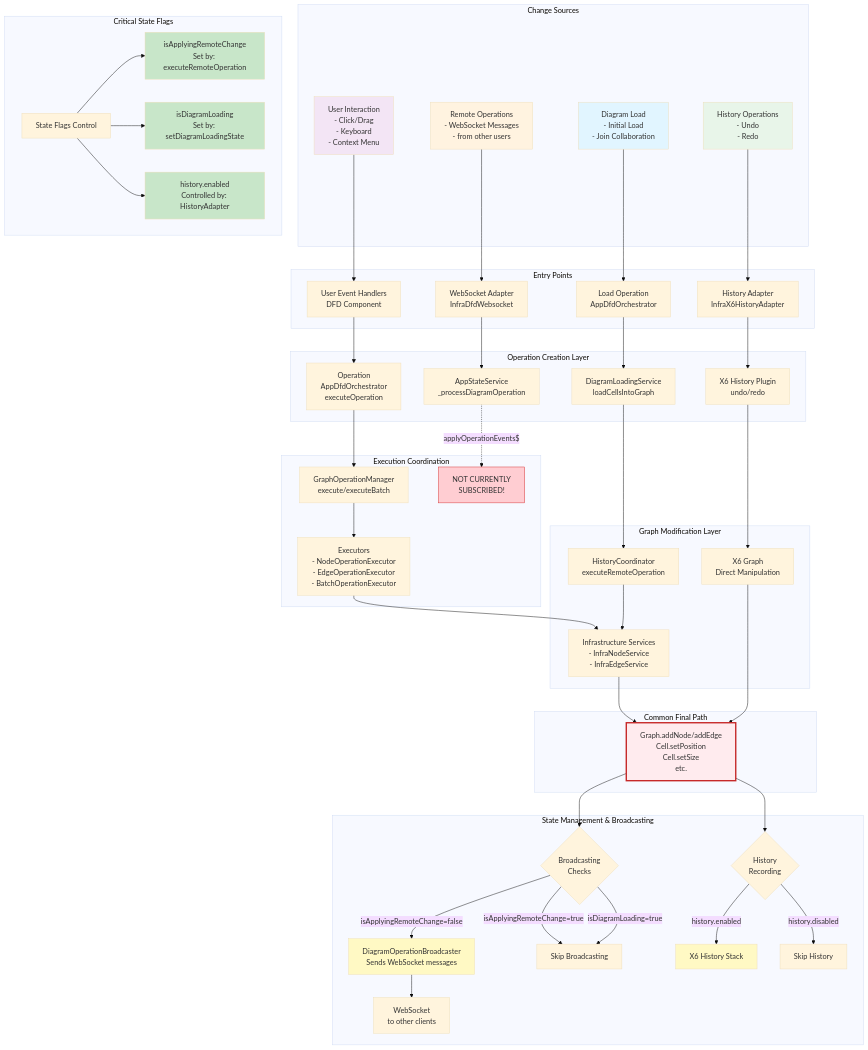
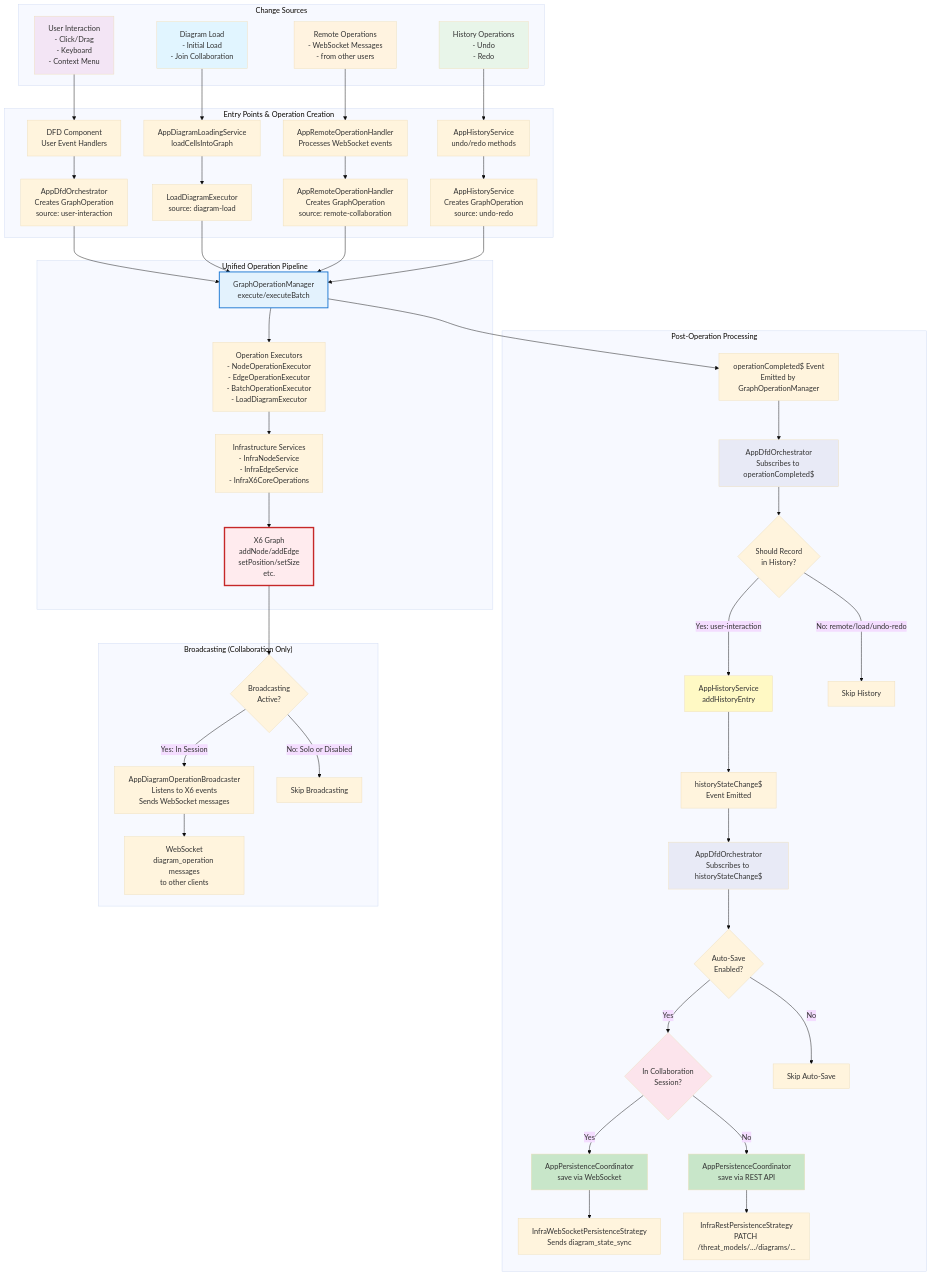
One commit to ericfitz/tmi-ux changed the diagram in docs/reference/architecture/graph-component-change-flows.md. Above: the diagram before and after it, drawn with Mermaid (base theme). The commit also changed other lines of this file and 37 other files, not shown here.

First line of the commit message:
docs: update architecture documentation to reflect current persistence flow

````diff
--- a/docs/reference/architecture/graph-component-change-flows.md
+++ b/docs/reference/architecture/graph-component-change-flows.md
@@ -1,73 +10,78 @@
 ```mermaid
 graph TB
-subgraph "Change Sources"
-US[User Interaction<br/>- Click/Drag<br/>- Keyboard<br/>- Context Menu]
-DL[Diagram Load<br/>- Initial Load<br/>- Join Collaboration]
-RO[Remote Operations<br/>- WebSocket Messages<br/>- from other users]
-HI[History Operations<br/>- Undo<br/>- Redo]
-end
-
-    subgraph "Entry Points"
-        US --> UE[User Event Handlers<br/>DFD Component]
-        DL --> LOE[Load Operation<br/>AppDfdOrchestrator]
-        RO --> WSA[WebSocket Adapter<br/>InfraDfdWebsocket]
-        HI --> HA[History Adapter<br/>InfraX6HistoryAdapter]
+    subgraph "Change Sources"
+        US[User Interaction<br/>- Click/Drag<br/>- Keyboard<br/>- Context Menu]
+        DL[Diagram Load<br/>- Initial Load<br/>- Join Collaboration]
+        RO[Remote Operations<br/>- WebSocket Messages<br/>- from other users]
+        HI[History Operations<br/>- Undo<br/>- Redo]
     end
 
-    subgraph "Operation Creation Layer"
-        UE --> ORC[Operation<br/>AppDfdOrchestrator<br/>executeOperation]
-        LOE --> DLS[DiagramLoadingService<br/>loadCellsIntoGraph]
-        WSA --> ASS[AppStateService<br/>_processDiagramOperation]
-        HA --> X6H[X6 History Plugin<br/>undo/redo]
+    subgraph "Entry Points & Operation Creation"
+        US --> UE[DFD Component<br/>User Event Handlers]
+        DL --> DLS[AppDiagramLoadingService<br/>loadCellsIntoGraph]
+        RO --> ROH[AppRemoteOperationHandler<br/>Processes WebSocket events]
+        HI --> AHS[AppHistoryService<br/>undo/redo methods]
+
+        UE --> ORC[AppDfdOrchestrator<br/>Creates GraphOperation<br/>source: user-interaction]
+        DLS --> DLOP[LoadDiagramExecutor<br/>source: diagram-load]
+        ROH --> ROOP[AppRemoteOperationHandler<br/>Creates GraphOperation<br/>source: remote-collaboration]
+        AHS --> UROP[AppHistoryService<br/>Creates GraphOperation<br/>source: undo-redo]
     end
 
-    subgraph "Execution Coordination"
+    subgraph "Unified Operation Pipeline"
         ORC --> GOM[GraphOperationManager<br/>execute/executeBatch]
-        ASS -.applyOperationEvents$.-> NC[NOT CURRENTLY<br/>SUBSCRIBED!]
-        GOM --> EXE[Executors<br/>- NodeOperationExecutor<br/>- EdgeOperationExecutor<br/>- BatchOperationExecutor]
+        DLOP --> GOM
+        ROOP --> GOM
+        UROP --> GOM
+
+        GOM --> EXE[Operation Executors<br/>- NodeOperationExecutor<br/>- EdgeOperationExecutor<br/>- BatchOperationExecutor<br/>- LoadDiagramExecutor]
+
+        EXE --> ISV[Infrastructure Services<br/>- InfraNodeService<br/>- InfraEdgeService<br/>- InfraX6CoreOperations]
+
+        ISV --> X6[X6 Graph<br/>addNode/addEdge<br/>setPosition/setSize<br/>etc.]
     end
 
-    subgraph "Graph Modification Layer"
-        DLS --> HCE[HistoryCoordinator<br/>executeRemoteOperation]
-        X6H --> X6G[X6 Graph<br/>Direct Manipulation]
-        EXE --> ISV[Infrastructure Services<br/>- InfraNodeService<br/>- InfraEdgeService]
-        HCE --> ISV
+    subgraph "Post-Operation Processing"
+        GOM --> OC[operationCompleted$ Event<br/>Emitted by GraphOperationManager]
+
+        OC --> ORCH[AppDfdOrchestrator<br/>Subscribes to operationCompleted$]
+
+        ORCH --> CHECK{Should Record<br/>in History?}
+        CHECK -->|Yes: user-interaction| HR[AppHistoryService<br/>addHistoryEntry]
+        CHECK -->|No: remote/load/undo-redo| SKIP1[Skip History]
+
+        HR --> HSC[historyStateChange$<br/>Event Emitted]
+
+        HSC --> ORCHSAVE[AppDfdOrchestrator<br/>Subscribes to historyStateChange$]
+
+        ORCHSAVE --> SAVECHECK{Auto-Save<br/>Enabled?}
+        SAVECHECK -->|Yes| COLLAB{In Collaboration<br/>Session?}
+        SAVECHECK -->|No| SKIP2[Skip Auto-Save]
+
+        COLLAB -->|Yes| WS[AppPersistenceCoordinator<br/>save via WebSocket]
+        COLLAB -->|No| REST[AppPersistenceCoordinator<br/>save via REST API]
+
+        WS --> WSSTRAT[InfraWebSocketPersistenceStrategy<br/>Sends diagram_state_sync]
+        REST --> RESTSTRAT[InfraRestPersistenceStrategy<br/>PATCH /threat_models/.../diagrams/...]
     end
 
-    subgraph "Common Final Path"
-        ISV --> FIN[Final Application]
-        X6G --> FIN
-        FIN[Graph.addNode/addEdge<br/>Cell.setPosition<br/>Cell.setSize<br/>etc.]
+    subgraph "Broadcasting (Collaboration Only)"
+        X6 --> BCAST{Broadcasting<br/>Active?}
+        BCAST -->|Yes: In Session| DOB[AppDiagramOperationBroadcaster<br/>Listens to X6 events<br/>Sends WebSocket messages]
+        BCAST -->|No: Solo or Disabled| SKIP3[Skip Broadcasting]
+        DOB --> WSOUT[WebSocket<br/>diagram_operation messages<br/>to other clients]
     end
 
-    subgraph "State Management & Broadcasting"
-        FIN --> BC{Broadcasting<br/>Checks}
-        BC -->|isApplyingRemoteChange=false| DOB[DiagramOperationBroadcaster<br/>Sends WebSocket messages]
-        BC -->|isApplyingRemoteChange=true| SKIP[Skip Broadcasting]
-        BC -->|isDiagramLoading=true| SKIP
-        DOB --> WS[WebSocket<br/>to other clients]
-
-        FIN --> HC{History<br/>Recording}
-        HC -->|history.enabled| HR[X6 History Stack]
-        HC -->|history.disabled| SH[Skip History]
-    end
-
-    subgraph "Critical State Flags"
-        SF[State Flags Control]
-        SF --> ARCF[isApplyingRemoteChange<br/>Set by: executeRemoteOperation]
-        SF --> DLF[isDiagramLoading<br/>Set by: setDiagramLoadingState]
-        SF --> HEF[history.enabled<br/>Controlled by: HistoryAdapter]
-    end
-
+    style US fill:#f3e5f5
     style DL fill:#e1f5ff
     style RO fill:#fff3e0
-    style US fill:#f3e5f5
     style HI fill:#e8f5e9
-    style FIN fill:#ffebee,stroke:#c62828,stroke-width:3px
-    style DOB fill:#fff9c4
+    style X6 fill:#ffebee,stroke:#c62828,stroke-width:3px
+    style GOM fill:#e3f2fd,stroke:#1976d2,stroke-width:2px
     style HR fill:#fff9c4
-    style NC fill:#ffcdd2,stroke:#d32f2f
-    style ARCF fill:#c8e6c9
-    style DLF fill:#c8e6c9
-    style HEF fill:#c8e6c9
+    style ORCH fill:#e8eaf6
+    style ORCHSAVE fill:#e8eaf6
+    style COLLAB fill:#fce4ec
+    style WS fill:#c8e6c9
+    style REST fill:#c8e6c9
 ```
````
